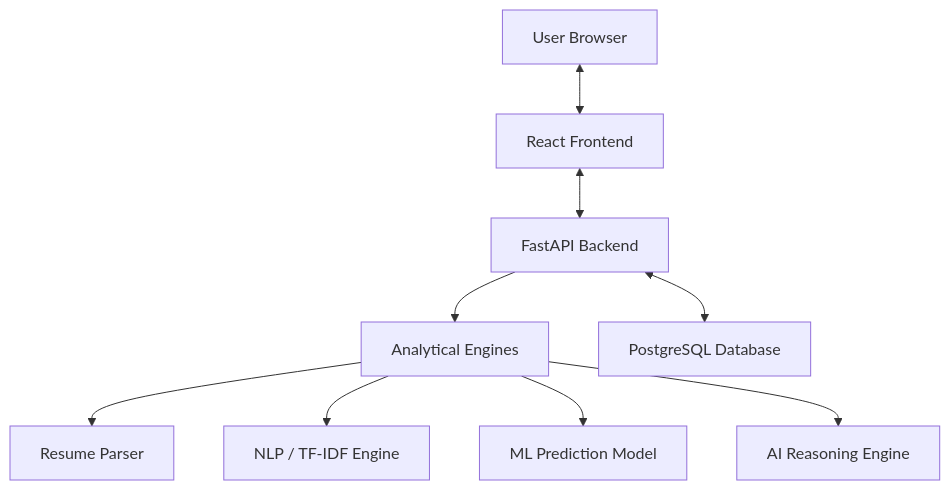
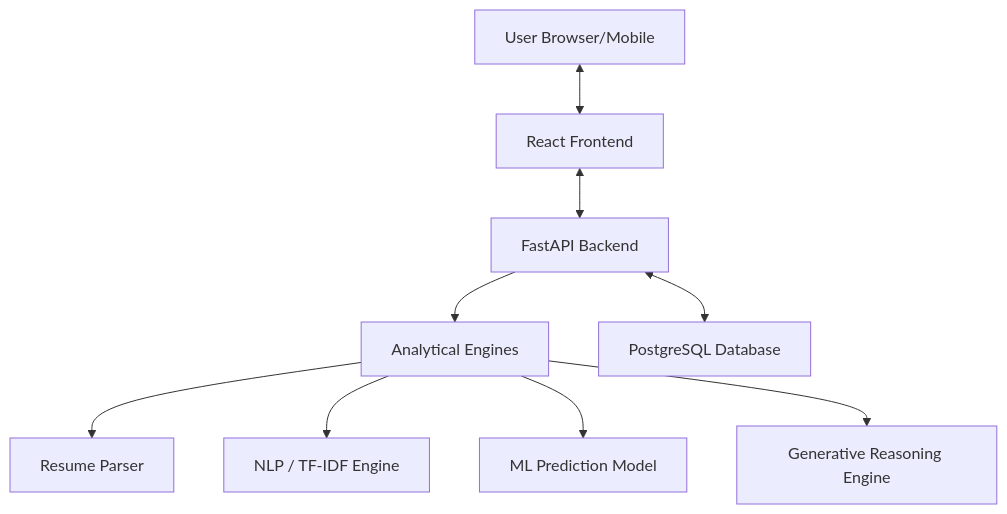
One commit to Kaifkhan1212/ResumeXAI2.0 changed the diagram in ARCHITECTURE.md. Above: the diagram before and after it, drawn with Mermaid. The commit also changed other lines of this file and 2 other files, not shown here.

Commit message:
Update README with workflow and architecture documentation

````diff
--- a/ARCHITECTURE.md
+++ b/ARCHITECTURE.md
@@ -15,11 +15,11 @@
 ```mermaid
 graph TD
-    A[User Browser] <--> B[React Frontend]
+    A[User Browser/Mobile] <--> B[React Frontend]
     B <--> C[FastAPI Backend]
     C --> D[Analytical Engines]
     D --> D1[Resume Parser]
     D --> D2[NLP / TF-IDF Engine]
     D --> D3[ML Prediction Model]
-    D --> D4[AI Reasoning Engine]
+    D --> D4[Generative Reasoning Engine]
     C <--> E[PostgreSQL Database]
 ```
````
